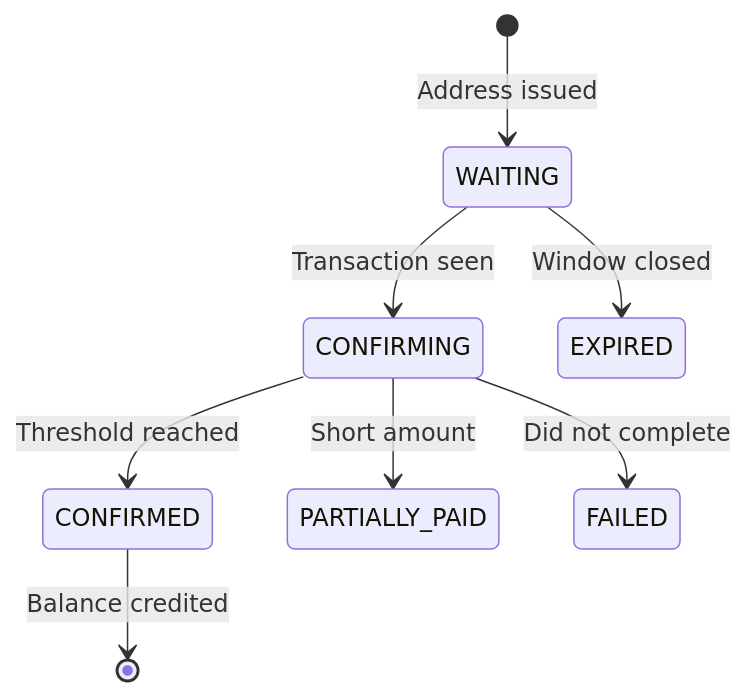
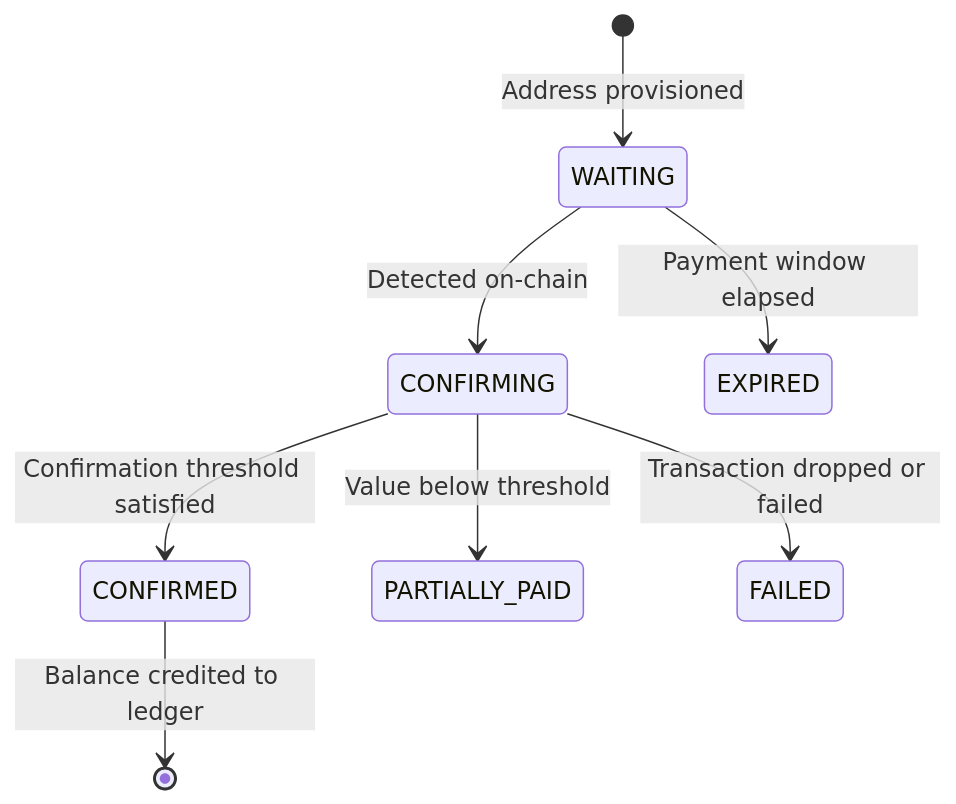
The first of 2 diagrams in getting-started/fund-your-account.mdx (rempprandy/docs), drawn with Mermaid before and after one commit. The commit also changed other lines of this file and 37 other files, not shown here.

````diff
--- a/getting-started/fund-your-account.mdx
+++ b/getting-started/fund-your-account.mdx
@@ -41,10 +42,10 @@
 ```mermaid
 stateDiagram-v2
-    [*] --> WAITING: Address issued
-    WAITING --> CONFIRMING: Transaction seen
-    WAITING --> EXPIRED: Window closed
-    CONFIRMING --> CONFIRMED: Threshold reached
-    CONFIRMING --> PARTIALLY_PAID: Short amount
-    CONFIRMING --> FAILED: Did not complete
-    CONFIRMED --> [*]: Balance credited
+    [*] --> WAITING: Address provisioned
+    WAITING --> CONFIRMING: Detected on-chain
+    WAITING --> EXPIRED: Payment window elapsed
+    CONFIRMING --> CONFIRMED: Confirmation threshold satisfied
+    CONFIRMING --> PARTIALLY_PAID: Value below threshold
+    CONFIRMING --> FAILED: Transaction dropped or failed
+    CONFIRMED --> [*]: Balance credited to ledger
 ```
````
